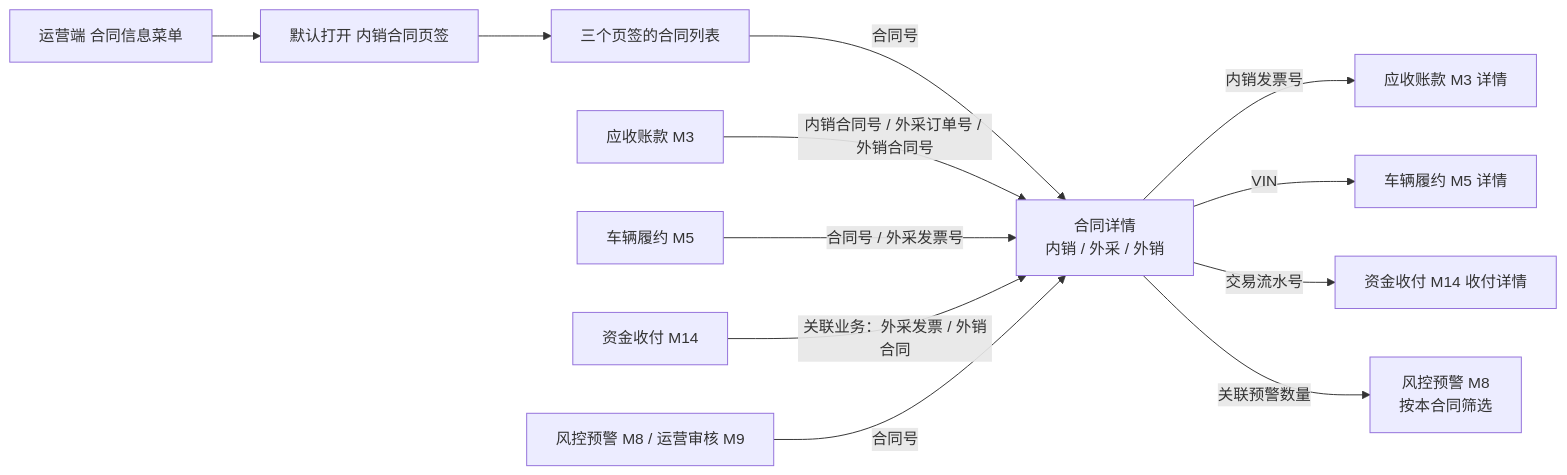
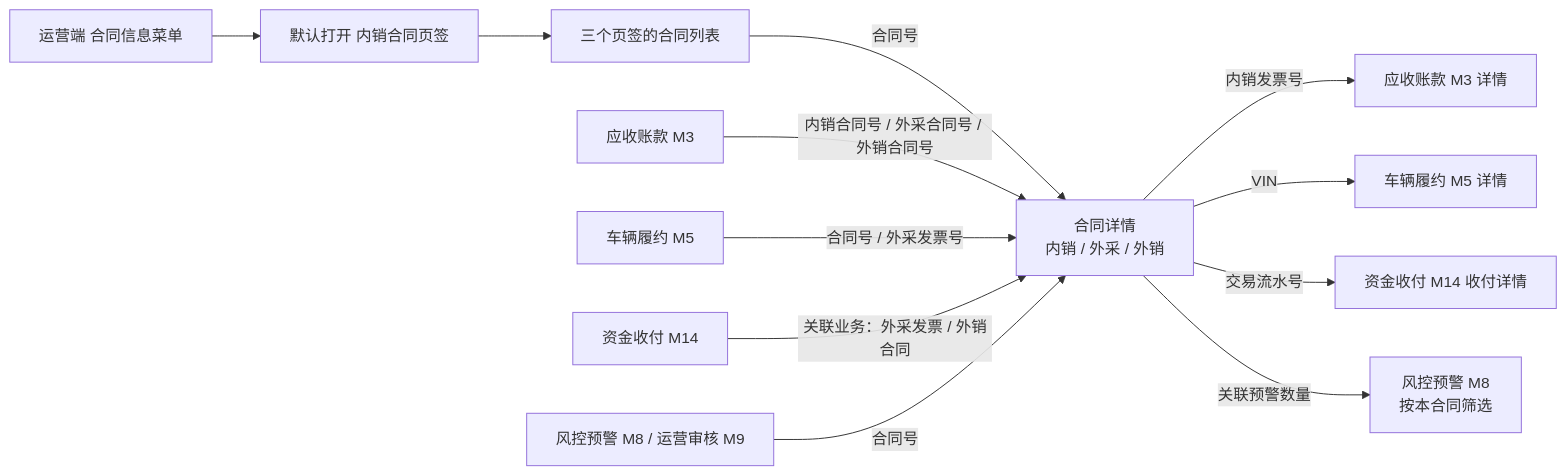
The first of 3 diagrams in asset-trust-platform/PRD/运营端/M4-合同信息/02-合同信息-流程图与状态机.md (wxblockchain/Chain-Financing), drawn with Mermaid before and after one commit. The commit also changed other lines of this file and 3 other files, not shown here.

````diff
--- a/asset-trust-platform/PRD/运营端/M4-合同信息/02-合同信息-流程图与状态机.md
+++ b/asset-trust-platform/PRD/运营端/M4-合同信息/02-合同信息-流程图与状态机.md
@@ -16,14 +16,14 @@
 ```mermaid
 flowchart LR
     MENU[运营端 合同信息菜单] --> TAB[默认打开 内销合同页签]
     TAB --> LIST[三个页签的合同列表]
     LIST -- 合同号 --> D[合同详情<br/>内销 / 外采 / 外销]
-    M3[应收账款 M3] -- 内销合同号 / 外采订单号 / 外销合同号 --> D
+    M3[应收账款 M3] -- 内销合同号 / 外采合同号 / 外销合同号 --> D
     M5[车辆履约 M5] -- 合同号 / 外采发票号 --> D
     M14[资金收付 M14] -- 关联业务：外采发票 / 外销合同 --> D
     M8[风控预警 M8 / 运营审核 M9] -- 合同号 --> D
     D -- 内销发票号 --> AR[应收账款 M3 详情]
     D -- VIN --> V[车辆履约 M5 详情]
     D -- 交易流水号 --> F[资金收付 M14 收付详情]
     D -- 关联预警数量 --> W[风控预警 M8<br/>按本合同筛选]
 ```
````
